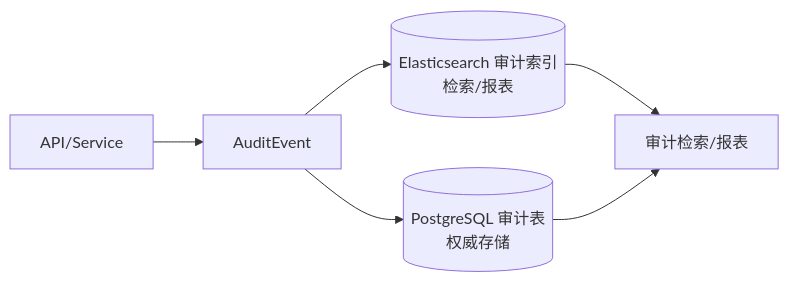
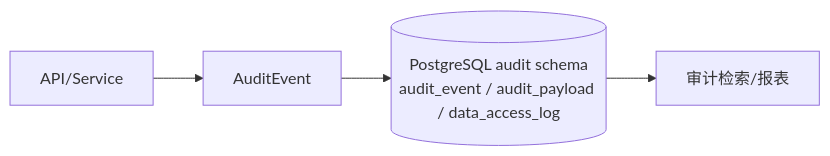
The first of 2 diagrams in docs/16-LOGGING_DESIGN/00-INDEX.md (JianwenShaw/MediAskDocs), drawn with Mermaid before and after one commit. The commit also changed other lines of this file and 31 other files, not shown here.

Commit message:
feat: architecture refactor

````diff
--- a/docs/16-LOGGING_DESIGN/00-INDEX.md
+++ b/docs/16-LOGGING_DESIGN/00-INDEX.md
@@ -251,8 +249,6 @@
 ```mermaid
 flowchart LR
     A[API/Service] --> E[AuditEvent]
-    E --> M[(PostgreSQL 审计表<br/>权威存储)]
-    E --> ES[(Elasticsearch 审计索引<br/>检索/报表)]
-    ES --> Q[审计检索/报表]
-    M --> Q
+    E --> M[(PostgreSQL audit schema<br/>audit_event / audit_payload / data_access_log)]
+    M --> Q[审计检索/报表]
 ```
````
